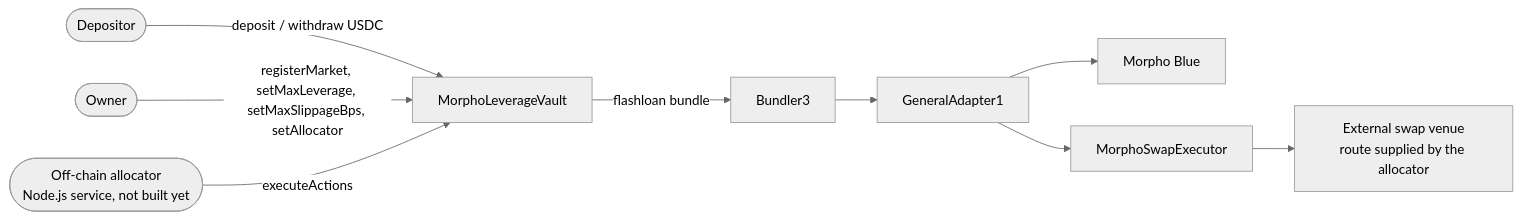
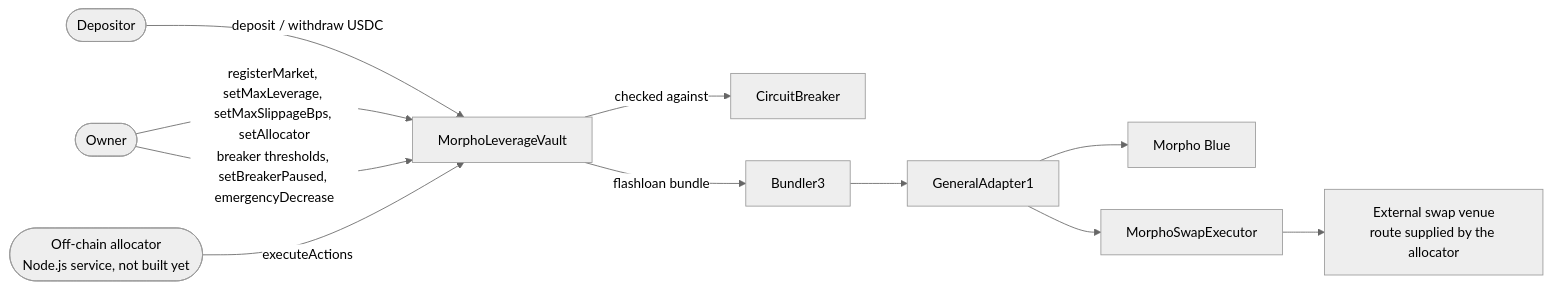
The second of 5 diagrams in README.md (pieakshat/Morpho-Controller), drawn with Mermaid (neutral theme) before and after one commit. The commit also changed other lines of this file and 11 other files, not shown here.

Commit message:
feat: add CircuitBreaker risk-limit gate with owner-only emergency exit

````diff
--- a/README.md
+++ b/README.md
@@ -43,11 +47,13 @@
 ```mermaid
 flowchart LR
     Depositor(["Depositor"]) -->|deposit / withdraw USDC| Vault["MorphoLeverageVault"]
     Owner(["Owner"]) -->|registerMarket, setMaxLeverage, setMaxSlippageBps, setAllocator| Vault
+    Owner -->|breaker thresholds, setBreakerPaused, emergencyDecrease| Vault
     Allocator(["Off-chain allocator<br/>Node.js service, not built yet"]) -->|executeActions| Vault
+    Vault -->|checked against| Breaker["CircuitBreaker"]
     Vault -->|flashloan bundle| Bundler3["Bundler3"]
     Bundler3 --> GeneralAdapter1
     GeneralAdapter1 --> MorphoBlue["Morpho Blue"]
     GeneralAdapter1 --> SwapExecutor["MorphoSwapExecutor"]
     SwapExecutor --> SwapVenue["External swap venue<br/>route supplied by the allocator"]
 ```
````
